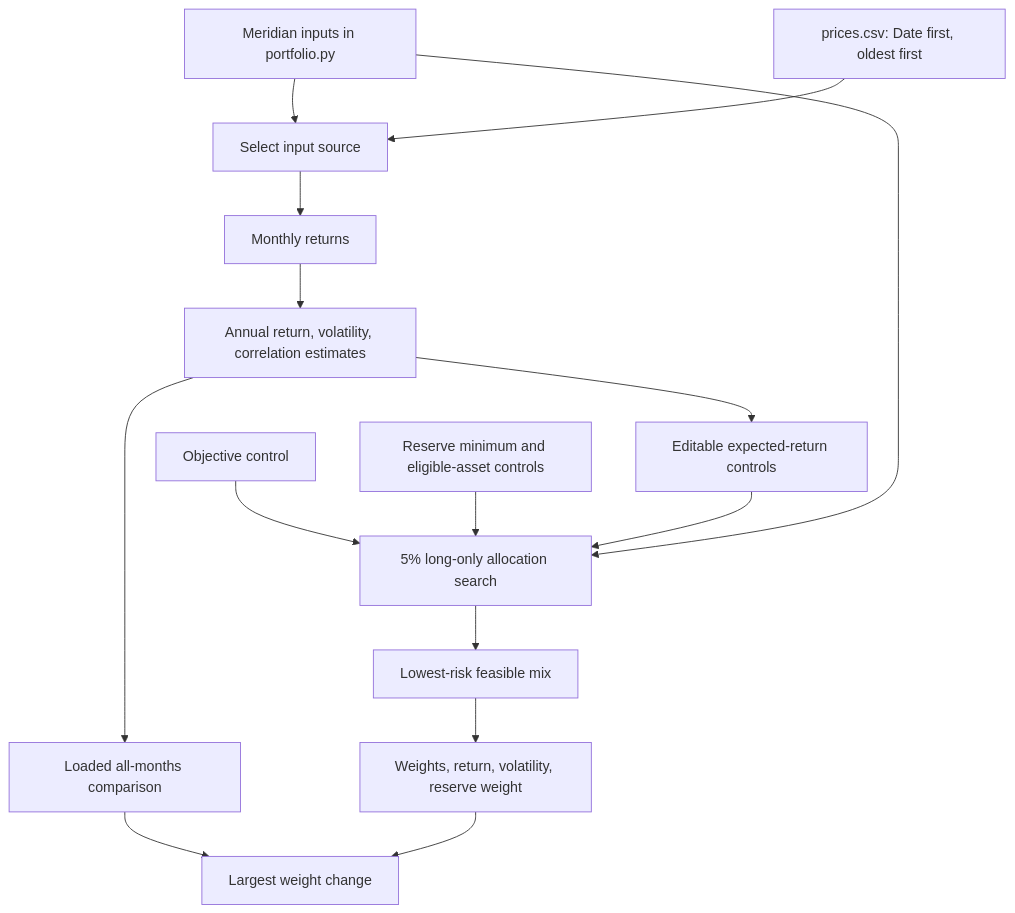
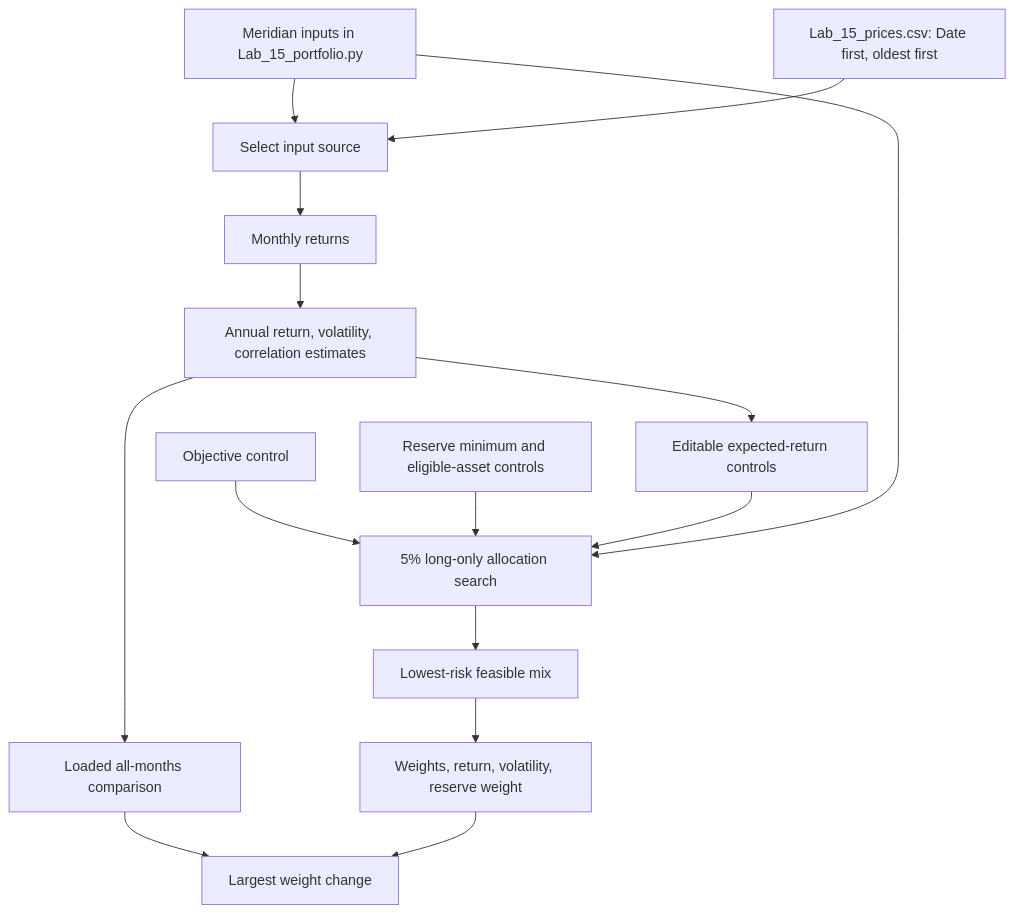
One commit to allisonvinatieri-collab/TICKER-research changed the diagram in Project 2/Lab_15.md. Above: the diagram before and after it, drawn with Mermaid. The commit also changed other lines of this file and 9 other files, not shown here.

````diff
--- a/Project 2/Lab_15.md
+++ b/Project 2/Lab_15.md
@@ -122,17 +115,17 @@
 ```mermaid
 flowchart TD
-    A[Meridian inputs in portfolio.py] --> C[Select input source]
-    B[prices.csv: Date first, oldest first] --> C
+    A[Meridian inputs in Lab_15_portfolio.py] --> C[Select input source]
+    B[Lab_15_prices.csv: Date first, oldest first] --> C
     C --> D[Monthly returns]
     D --> E[Annual return, volatility, correlation estimates]
     F[Objective control] --> H[5% long-only allocation search]
     G[Reserve minimum and eligible-asset controls] --> H
     E --> I[Editable expected-return controls]
     I --> H
     A --> H
     H --> J[Lowest-risk feasible mix]
     J --> K[Weights, return, volatility, reserve weight]
     E --> L[Loaded all-months comparison]
     L --> M[Largest weight change]
     K --> M
 ```
````
